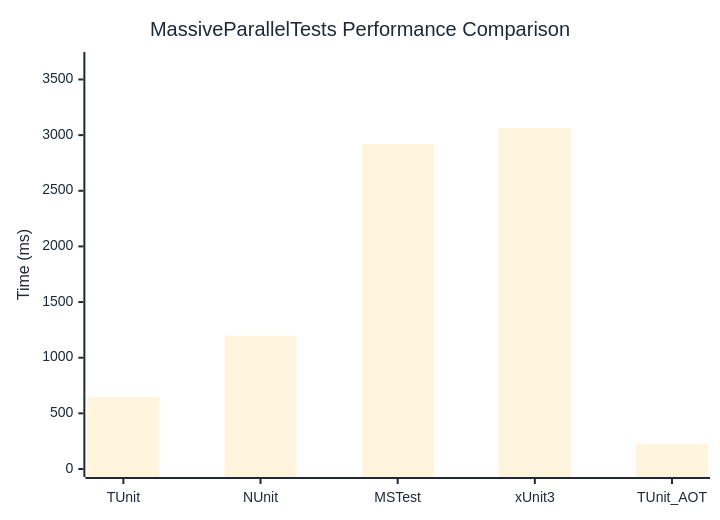
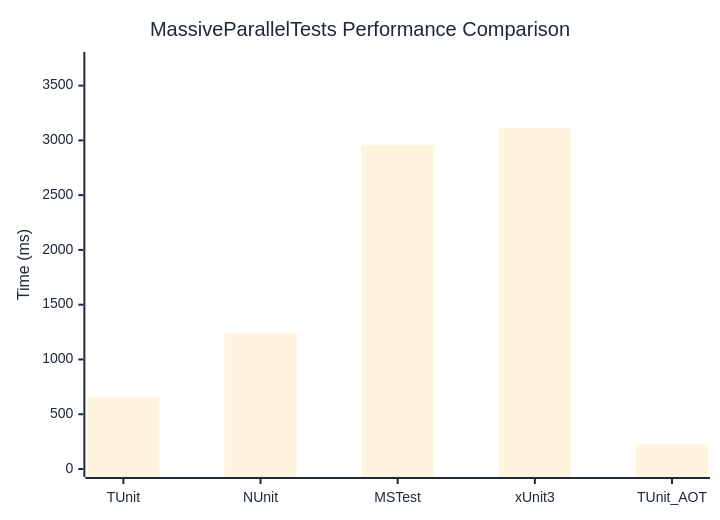
The diagram in docs/docs/benchmarks/MassiveParallelTests.md (thomhurst/TUnit), drawn with Mermaid before and after one commit. The commit also changed other lines of this file and 17 other files, not shown here.

````diff
--- a/docs/docs/benchmarks/MassiveParallelTests.md
+++ b/docs/docs/benchmarks/MassiveParallelTests.md
@@ -27,37 +27,37 @@
 ```mermaid
 %%{init: {
   'theme':'base',
   'themeVariables': {
     'primaryColor': '#2563eb',
     'primaryTextColor': '#1f2937',
     'primaryBorderColor': '#1e40af',
     'lineColor': '#6b7280',
     'secondaryColor': '#7c3aed',
     'tertiaryColor': '#dc2626',
     'background': '#ffffff',
     'mainBkg': '#2563eb',
     'secondBkg': '#7c3aed',
     'tertiaryBkg': '#dc2626',
     'clusterBkg': '#f3f4f6',
     'edgeLabelBackground': '#ffffff',
     'tertiaryTextColor': '#1f2937',
     'pie1': '#2563eb',
     'pie2': '#7c3aed',
     'pie3': '#dc2626',
     'pie4': '#f59e0b',
     'pie5': '#10b981',
     'pie6': '#06b6d4',
     'pie7': '#ec4899',
     'pie8': '#6366f1',
     'pie9': '#84cc16',
     'pie10': '#f97316',
     'pie11': '#14b8a6',
     'pie12': '#a855f7'
   }
 }}%%
 xychart-beta
   title "MassiveParallelTests Performance Comparison"
   x-axis ["TUnit", "NUnit", "MSTest", "xUnit3", "TUnit_AOT"]
-  y-axis "Time (ms)" 0 --> 3675
-  bar [646.3, 1197.4, 2921, 3062.5, 227.9]
+  y-axis "Time (ms)" 0 --> 3734
+  bar [655.6, 1240.5, 2960.1, 3111.2, 225.3]
 ```
````
